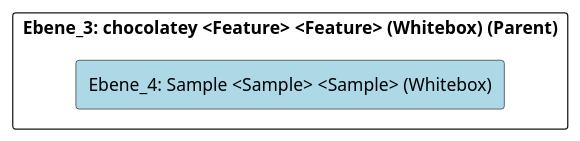
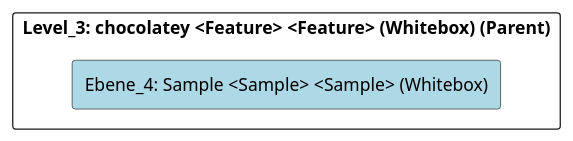
One commit to marcozwyssig/cleon changed the diagram in doc/cleonproject_deliverables_architecture_model_architecture/adoc/de/05_bausteinsicht/cleon/operational_methods/chocolatey/sample/ebene_4_sample.adoc. Above: the diagram before and after it, drawn with PlantUML. The commit also changed other lines of this file and 169 other files, not shown here.

```diff
--- a/doc/cleonproject_deliverables_architecture_model_architecture/adoc/de/05_bausteinsicht/cleon/operational_methods/chocolatey/sample/ebene_4_sample.adoc
+++ b/doc/cleonproject_deliverables_architecture_model_architecture/adoc/de/05_bausteinsicht/cleon/operational_methods/chocolatey/sample/ebene_4_sample.adoc
@@ -20,24 +20,24 @@
 [plantuml, Ebene_4: Sample <Sample> <Sample> (Whitebox)BlockOverview, format="svg"]
 ----
 @startuml Ebene_4: Sample <Sample> <Sample> (Whitebox)BuildingBlockOverview
 
 skinparam ranksep 10
 skinparam componentStyle rectangle
 skinparam shadowing false
 skinparam arrowColor lightblue
 skinparam arrowThickness 1.2
 skinparam rectangle {
   BackgroundColor White
   BorderColor #333
   RoundCorner 10
 }
 top to bottom direction
 
-component "Ebene_3: chocolatey <Feature> <Feature> (Whitebox) (Parent)" {
+component "Level_3: chocolatey <Feature> <Feature> (Whitebox) (Parent)" {
     component "Ebene_4: Sample <Sample> <Sample> (Whitebox)" #lightblue {
     }
 
 }
 
 @enduml
 ----
```
